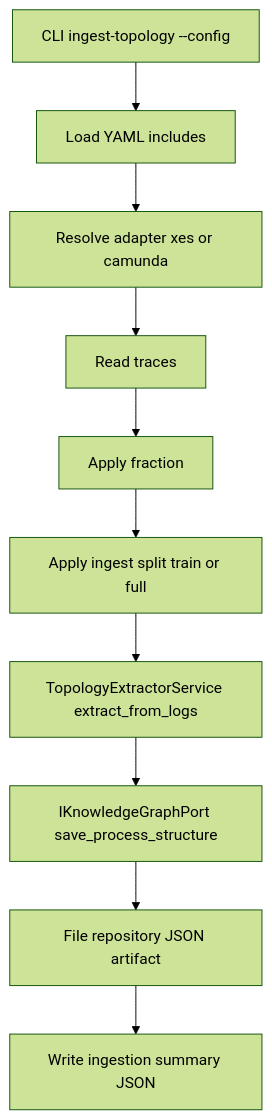
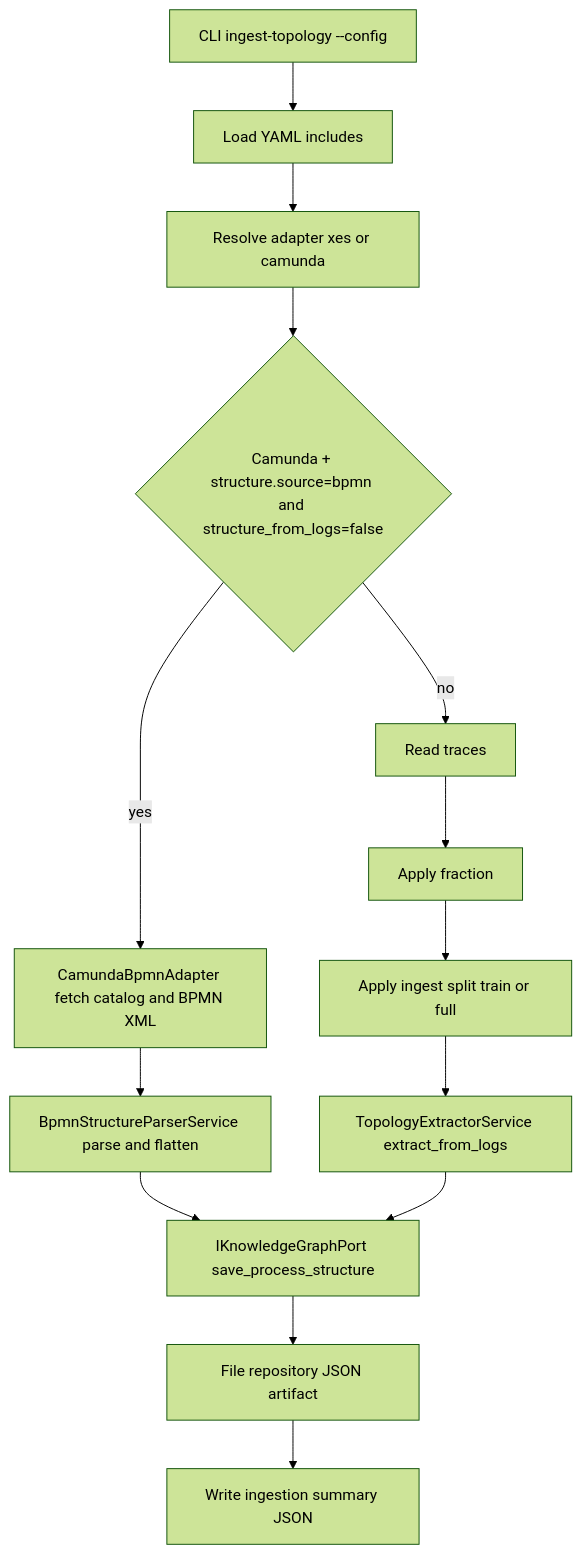
One commit to ghsrg/bpm_prediction changed the first of 4 diagrams in docs/DATA_FLOWS_MVP2_5.MD. Above: the diagram before and after it, drawn with Mermaid (forest theme). The commit also changed 25 other files, not shown here.

Commit message:
MVP2.5 structure from bpmn 3-d satge finished

````diff
--- a/docs/DATA_FLOWS_MVP2_5.MD
+++ b/docs/DATA_FLOWS_MVP2_5.MD
@@ -12,12 +12,16 @@
 ```mermaid
 flowchart TD
     C1[CLI ingest-topology --config] --> L1[Load YAML includes]
     L1 --> A1[Resolve adapter xes or camunda]
-    A1 --> R1[Read traces]
+    A1 --> D1{Camunda + structure.source=bpmn and structure_from_logs=false}
+    D1 -->|yes| B1A[CamundaBpmnAdapter fetch catalog and BPMN XML]
+    B1A --> B1B[BpmnStructureParserService parse and flatten]
+    B1B --> P1[IKnowledgeGraphPort save_process_structure]
+    D1 -->|no| R1[Read traces]
     R1 --> F1[Apply fraction]
     F1 --> S1[Apply ingest split train or full]
     S1 --> T1[TopologyExtractorService extract_from_logs]
-    T1 --> P1[IKnowledgeGraphPort save_process_structure]
+    T1 --> P1
     P1 --> B1[File repository JSON artifact]
     B1 --> O1[Write ingestion summary JSON]
 ```
````
